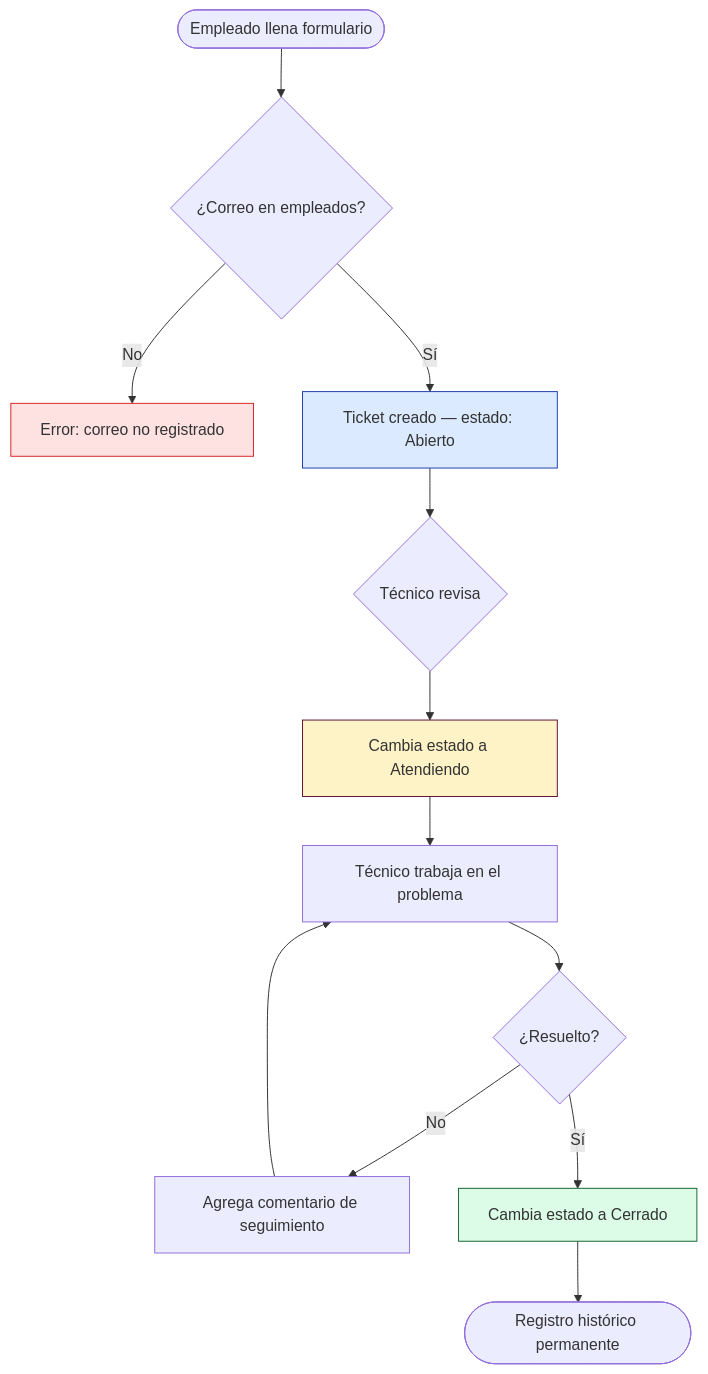
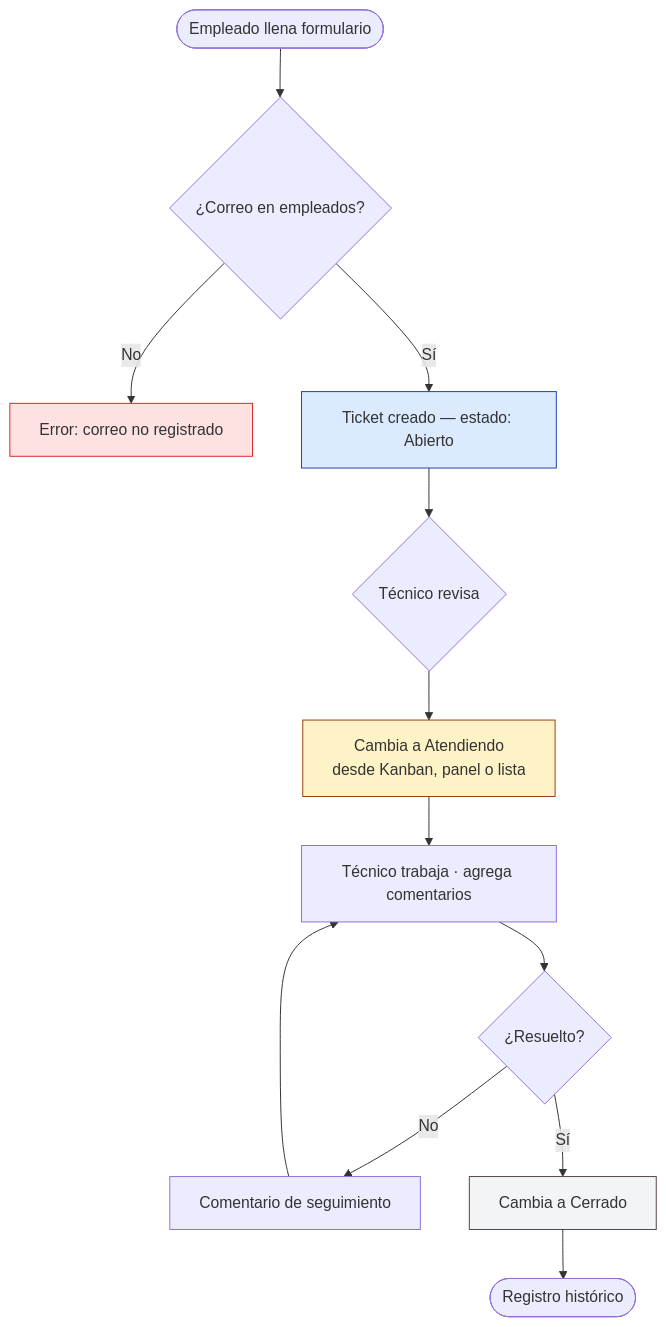
Before and after one commit to SoporteIMJUVE/IMJTickets: the third of 3 diagrams in IMJUnificado/Doc/modulo-tickets.md, drawn with Mermaid. The commit also changed other lines of this file and 10 other files, not shown here.

````diff
--- a/IMJUnificado/Doc/modulo-tickets.md
+++ b/IMJUnificado/Doc/modulo-tickets.md
@@ -146,19 +187,19 @@
 ```mermaid
 flowchart TD
     A([Empleado llena formulario]) --> B{¿Correo en empleados?}
     B -- No --> C[Error: correo no registrado]
     B -- Sí --> D[Ticket creado — estado: Abierto]
     D --> E{Técnico revisa}
-    E --> F[Cambia estado a Atendiendo]
-    F --> G[Técnico trabaja en el problema]
+    E --> F[Cambia a Atendiendo\ndesde Kanban, panel o lista]
+    F --> G[Técnico trabaja · agrega comentarios]
     G --> H{¿Resuelto?}
-    H -- No --> I[Agrega comentario de seguimiento]
+    H -- No --> I[Comentario de seguimiento]
     I --> G
-    H -- Sí --> J[Cambia estado a Cerrado]
-    J --> K([Registro histórico permanente])
+    H -- Sí --> J[Cambia a Cerrado]
+    J --> K([Registro histórico])
 
     style D fill:#DBEAFE,stroke:#1E40AF
-    style F fill:#FEF3C7,stroke:#621132
-    style J fill:#DCFCE7,stroke:#166534
+    style F fill:#FEF3C7,stroke:#92400E
+    style J fill:#F3F4F6,stroke:#544246
     style C fill:#FEE2E2,stroke:#DC2626
 ```
````
